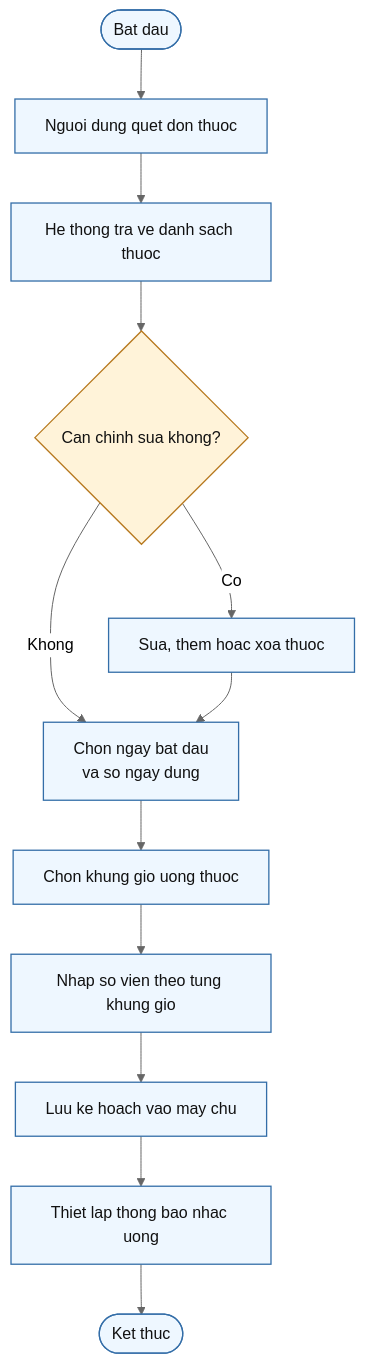
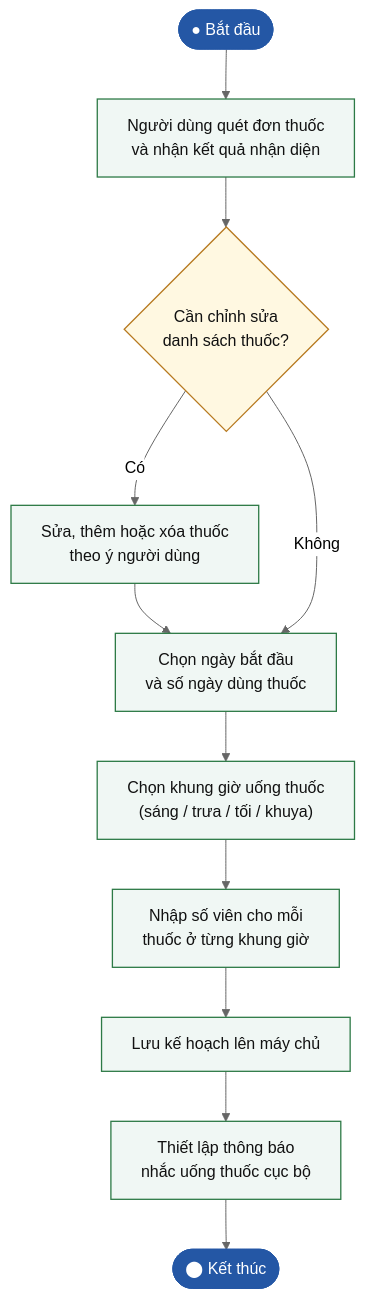
The diagram in docs/thesis_report/diagrams/activity_create_plan.mmd (hongphuoc6104/medicineApp), drawn with Mermaid (neutral theme) before and after one commit. The commit also changed 40 other files, not shown here.

```diff
--- a/docs/thesis_report/diagrams/activity_create_plan.mmd
+++ b/docs/thesis_report/diagrams/activity_create_plan.mmd
@@ -1,17 +1,24 @@
 flowchart TD
-    A(["Bat dau"]) --> B["Nguoi dung quet don thuoc"]
-    B --> C["He thong tra ve danh sach thuoc"]
-    C --> D{"Can chinh sua khong?"}
-    D -->|Co| E["Sua, them hoac xoa thuoc"]
-    D -->|Khong| F["Chon ngay bat dau\nva so ngay dung"]
-    E --> F
-    F --> G["Chon khung gio uong thuoc"]
-    G --> H["Nhap so vien theo tung khung gio"]
-    H --> I["Luu ke hoach vao may chu"]
-    I --> J["Thiet lap thong bao nhac uong"]
-    J --> K(["Ket thuc"])
+    START(["●  Bắt đầu"])
+    A["Người dùng quét đơn thuốc\nvà nhận kết quả nhận diện"]
+    B{"Cần chỉnh sửa\ndanh sách thuốc?"}
+    C["Sửa, thêm hoặc xóa thuốc\ntheo ý người dùng"]
+    D["Chọn ngày bắt đầu\nvà số ngày dùng thuốc"]
+    E["Chọn khung giờ uống thuốc\n(sáng / trưa / tối / khuya)"]
+    F["Nhập số viên cho mỗi\nthuốc ở từng khung giờ"]
+    G["Lưu kế hoạch lên máy chủ"]
+    H["Thiết lập thông báo\nnhắc uống thuốc cục bộ"]
+    END(["⬤  Kết thúc"])
 
-    classDef node fill:#eef7ff,stroke:#346ea8,stroke-width:1.3px,color:#111;
-    classDef decision fill:#fff3d9,stroke:#b7791f,stroke-width:1.3px,color:#111;
-    class A,B,C,E,F,G,H,I,J,K node;
-    class D decision;
+    START --> A --> B
+    B -->|"Có"| C --> D
+    B -->|"Không"| D
+    D --> E --> F --> G --> H --> END
+
+    classDef terminator fill:#2457a5,stroke:#2457a5,color:#ffffff,rx:20
+    classDef step fill:#f0f7f4,stroke:#2d7a46,stroke-width:1.3px,color:#111
+    classDef decision fill:#fff8e1,stroke:#b7791f,stroke-width:1.3px,color:#111
+
+    class START,END terminator
+    class A,C,D,E,F,G,H step
+    class B decision
```
